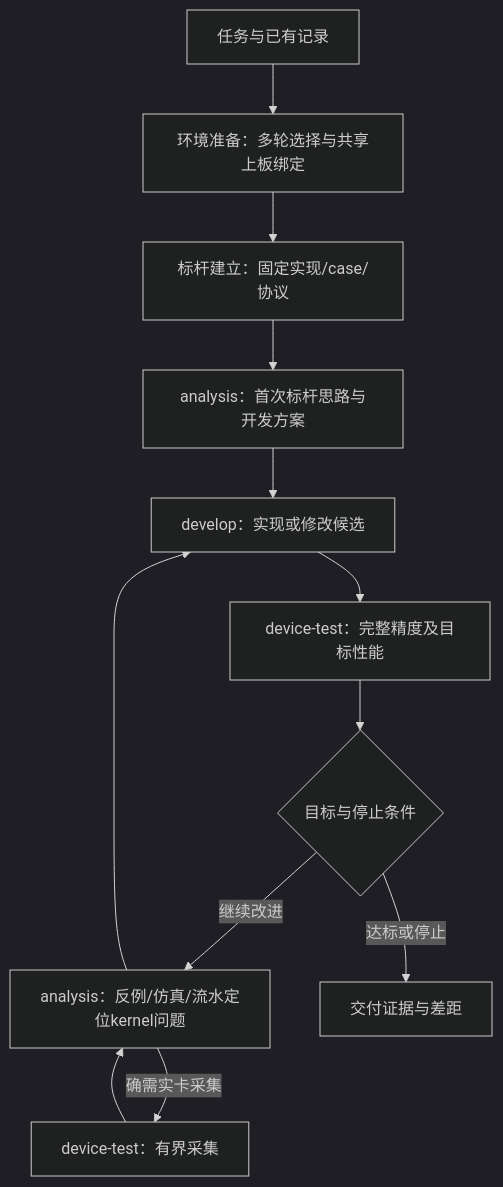
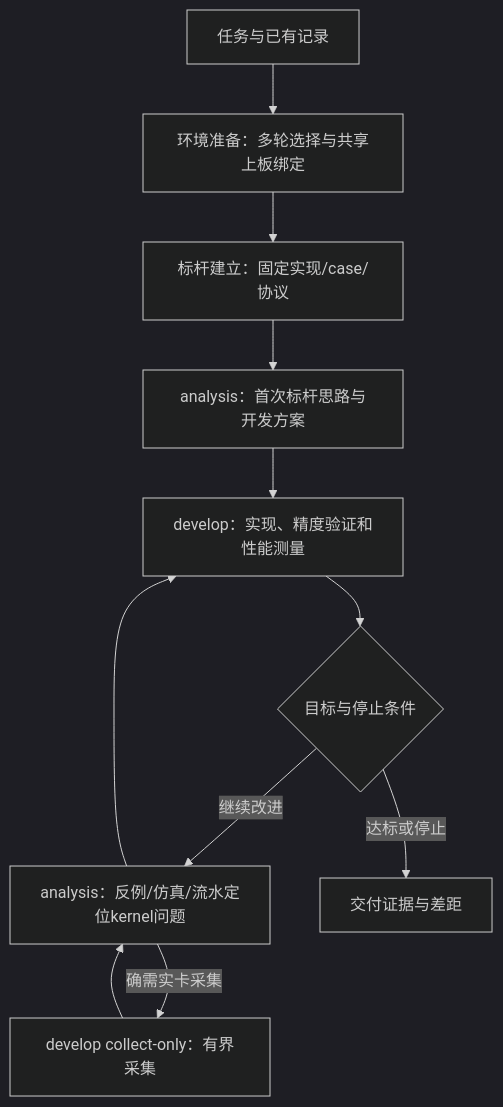
The diagram in docs/nodes/design.md (tile-ai/tilelang-mlir-ascend), drawn with Mermaid (dark theme) before and after one commit. The commit also changed other lines of this file and 49 other files, not shown here.

````diff
--- a/docs/nodes/design.md
+++ b/docs/nodes/design.md
@@ -21,14 +21,13 @@
 ```mermaid
 flowchart TD
     R[任务与已有记录] --> E[环境准备：多轮选择与共享上板绑定]
     E --> B[标杆建立：固定实现/case/协议]
     B --> A[analysis：首次标杆思路与开发方案]
-    A --> D[develop：实现或修改候选]
-    D --> T[device-test：完整精度及目标性能]
-    T --> C{目标与停止条件}
+    A --> D[develop：实现、精度验证和性能测量]
+    D --> C{目标与停止条件}
     C -->|继续改进| X[analysis：反例/仿真/流水定位kernel问题]
     X --> D
     C -->|达标或停止| O[交付证据与差距]
-    X -->|确需实卡采集| P[device-test：有界采集]
+    X -->|确需实卡采集| P[develop collect-only：有界采集]
     P --> X
 ```
````
